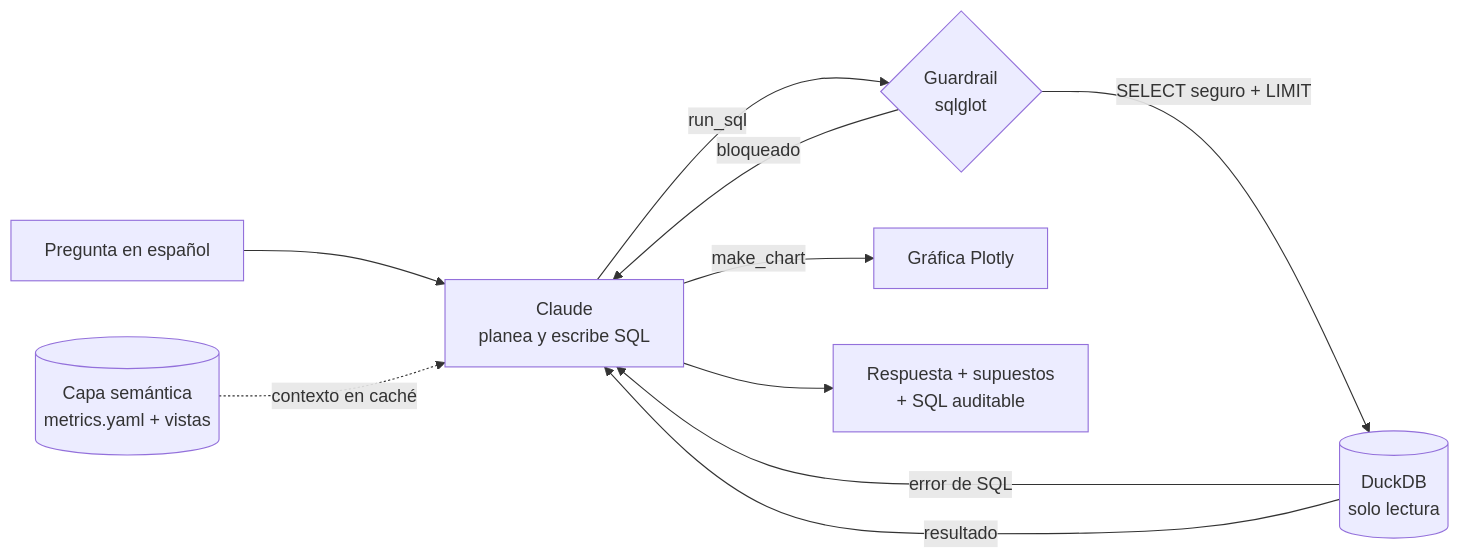
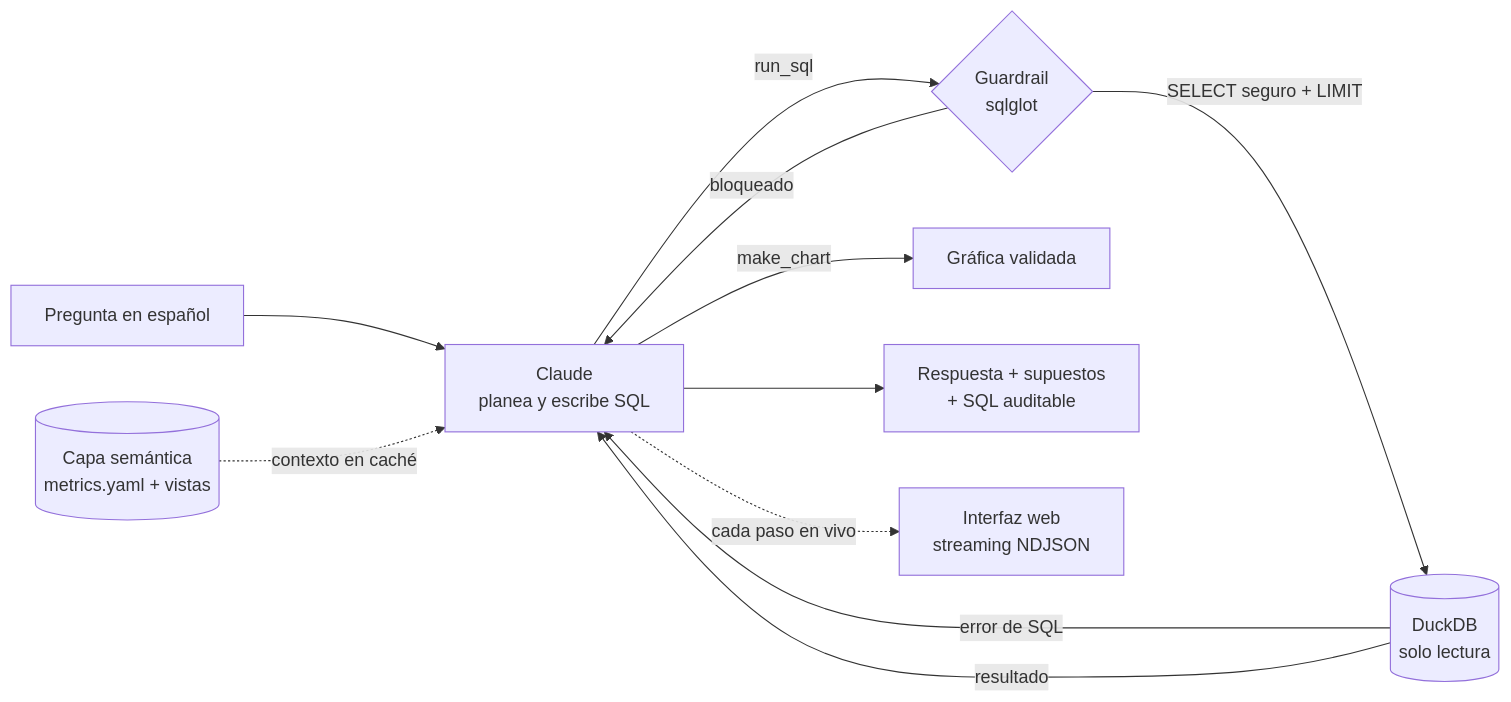
Before and after one commit to andreenriquezg/pulso: the diagram in README.md, drawn with Mermaid. The commit also changed other lines of this file and 10 other files, not shown here.

First line of the commit message:
Replace Streamlit with a custom streaming web interface

````diff
--- a/README.md
+++ b/README.md
@@ -23,12 +23,13 @@
 ```mermaid
 flowchart LR
     U[Pregunta en español] --> A[Claude<br/>planea y escribe SQL]
     S[(Capa semántica<br/>metrics.yaml + vistas)] -. contexto en caché .-> A
     A -->|run_sql| G{Guardrail<br/>sqlglot}
     G -->|bloqueado| A
     G -->|SELECT seguro + LIMIT| D[(DuckDB<br/>solo lectura)]
     D -->|error de SQL| A
     D -->|resultado| A
-    A -->|make_chart| C[Gráfica Plotly]
+    A -->|make_chart| C[Gráfica validada]
     A --> R[Respuesta + supuestos<br/>+ SQL auditable]
+    A -. cada paso en vivo .-> W[Interfaz web<br/>streaming NDJSON]
 ```
````
